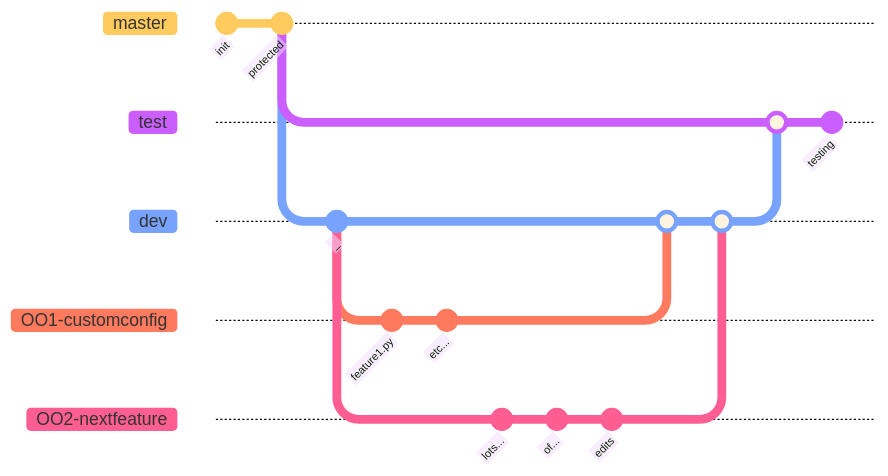
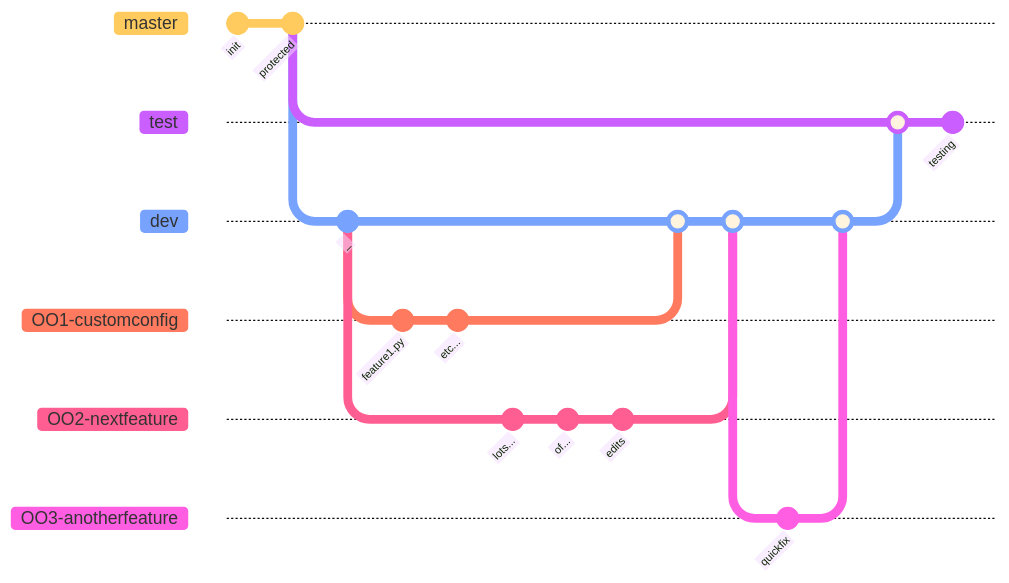
One commit to gzt5142/gzt5142 changed the eighth of 8 diagrams in GitFlow.md. Above: the diagram before and after it, drawn with Mermaid.

````diff
--- a/GitFlow.md
+++ b/GitFlow.md
@@ -285,25 +285,29 @@
 ```mermaid
 %%{init: {  'theme': 'base', "gitGraph": {"rotateCommitLabel": true, "mainBranchName": "master"}} }%%
 gitGraph
   commit id: "init"
   commit id: "protected"
   branch test
   branch dev
   checkout dev
   commit id: "_"
   branch OO1-customconfig
   checkout OO1-customconfig
   commit id: "feature1.py"
   commit id: "etc..."
   checkout dev
   branch OO2-nextfeature
   commit id: "lots..."
   commit id: "of..."
   commit id: "edits"
   checkout dev
   merge OO1-customconfig
   merge OO2-nextfeature
+  branch OO3-anotherfeature
+  commit id: "quickfix"
+  checkout dev
+  merge OO3-anotherfeature
   checkout test
   merge dev
   commit id: "testing"
 ```
````
